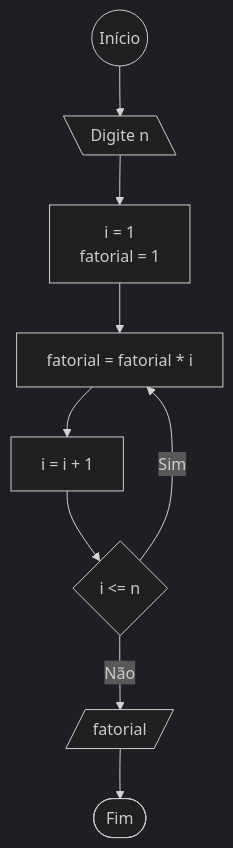
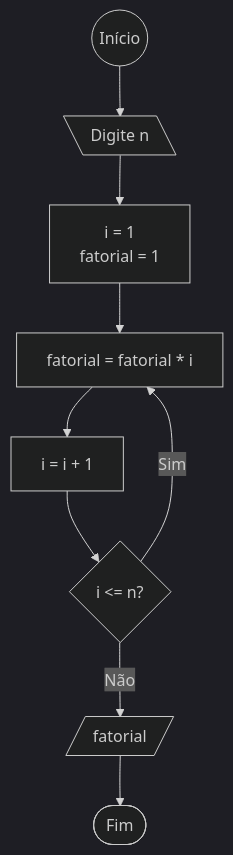
Before and after one commit to lucasmiguelleite/Lista_Caina: the eighth of 10 diagrams in LP_Lista_01/README.md, drawn with Mermaid (dark theme). The commit also changed other lines of this file, not shown here.

````diff
--- a/LP_Lista_01/README.md
+++ b/LP_Lista_01/README.md
@@ -145,14 +145,14 @@
    ```mermaid
    flowchart TD
       start(( Início )) --> input[\ Digite n \]
       input --> A[ 
          i = 1 
          fatorial = 1 
       ]
       A --> B[ fatorial = fatorial * i]
       B --> C[ i = i + 1 ]
-      C --> verification{ i <= n }
+      C --> verification{ i <= n? }
       verification --> | Sim | B
       verification --> | Não | D[/ fatorial /]
       D --> finish([ Fim ])
    ```
````
